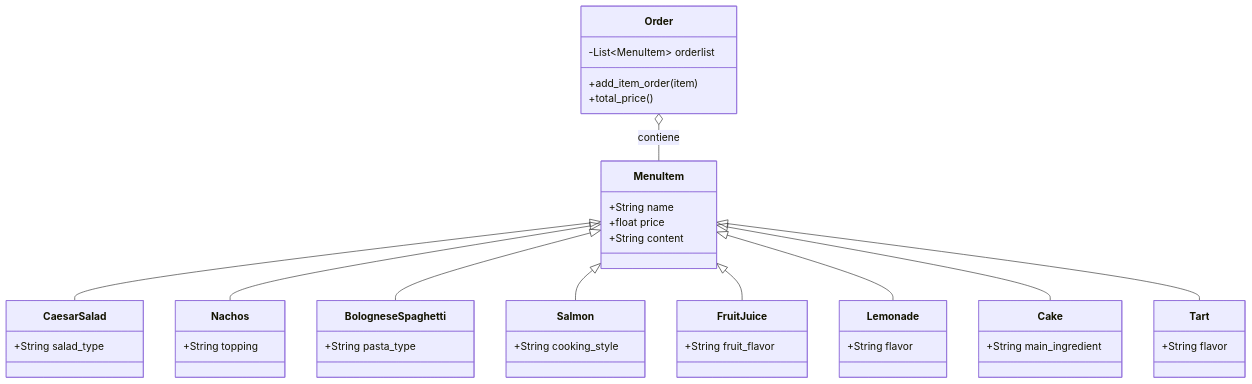
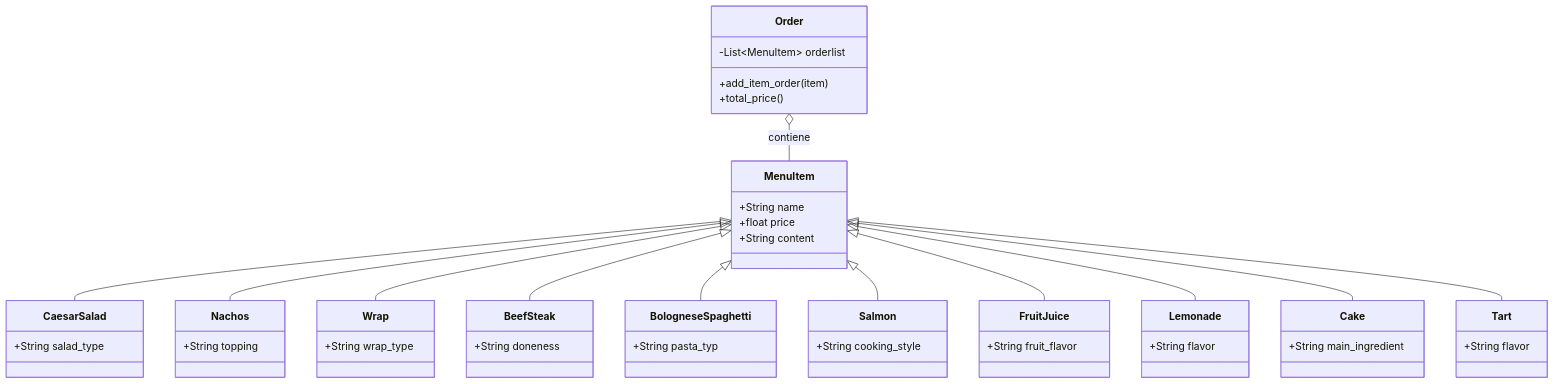
Before and after one commit to seburiticav/Reto-3: the diagram in README.md, drawn with Mermaid. The commit also changed other lines of this file, not shown here.

````diff
--- a/README.md
+++ b/README.md
@@ -78,48 +88,56 @@
 ```mermaid
-classDiagram
+ classDiagram
     class MenuItem {
         +String name
         +float price
         +String content
     }
 
     class CaesarSalad {
         +String salad_type
     }
     class Nachos {
         +String topping
     }
+    class Wrap {
+        +String wrap_type
+    }
     class BologneseSpaghetti {
-        +String pasta_type
+        +String pasta_typ
+    }
+    class BeefSteak {
+        +String doneness
     }
     class Salmon {
         +String cooking_style
     }
     class FruitJuice {
         +String fruit_flavor
     }
     class Lemonade {
         +String flavor
     }
     class Cake {
         +String main_ingredient
     }
     class Tart {
         +String flavor
     }
     class Order {
         -List~MenuItem~ orderlist
         +add_item_order(item)
         +total_price()
     }
 
     MenuItem <|-- CaesarSalad
     MenuItem <|-- Nachos
+    MenuItem <|-- Wrap
+    MenuItem <|-- BeefSteak
     MenuItem <|-- BologneseSpaghetti
     MenuItem <|-- Salmon
     MenuItem <|-- FruitJuice
     MenuItem <|-- Lemonade
     MenuItem <|-- Cake
     MenuItem <|-- Tart
     Order o-- MenuItem : contiene
 ```
````
